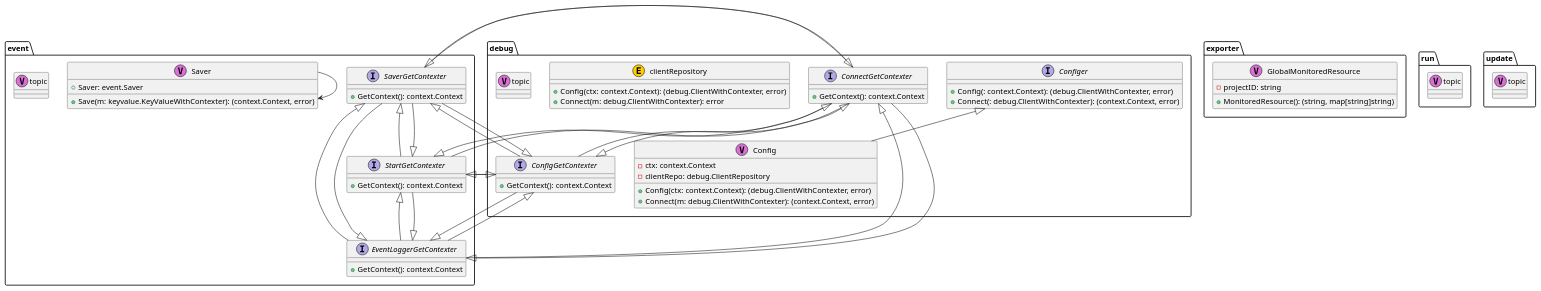
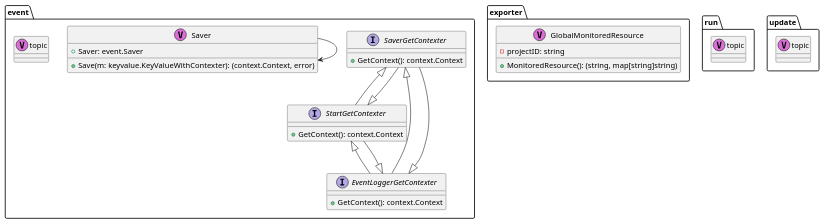
Before and after one commit to michilu/boilerplate: the diagram in application/application.puml, drawn with PlantUML. The commit also changed 3 other files, not shown here.

```diff
--- a/application/application.puml
+++ b/application/application.puml
@@ -1,138 +1,72 @@
 @startuml
-
-package "debug" {
-	class "Config" as debug.Config <<V,Orchid>> {
-		-ctx: context.Context
-		-clientRepo: debug.ClientRepository
-		+Config(ctx: context.Context): (debug.ClientWithContexter, error)
-		+Connect(m: debug.ClientWithContexter): (context.Context, error)
-	}
-}
-
-
-
-package "debug" {
-	interface "ConfigGetContexter" as debug.ConfigGetContexter {
-		+GetContext(): context.Context
-	}
-}
-
-
-
-package "debug" {
-	interface "Configer" as debug.Configer {
-		+Config(: context.Context): (debug.ClientWithContexter, error)
-		+Connect(: debug.ClientWithContexter): (context.Context, error)
-	}
-}
-
-
-
-package "debug" {
-	interface "ConnectGetContexter" as debug.ConnectGetContexter {
-		+GetContext(): context.Context
-	}
-}
-
-
-
-package "debug" {
-	class "clientRepository" as debug.clientRepository <<E,#FFCC00>> {
-		+Config(ctx: context.Context): (debug.ClientWithContexter, error)
-		+Connect(m: debug.ClientWithContexter): error
-	}
-}
-
-
-
-package "debug" {
-	class "topic" as debug.topic <<V,Orchid>>
-}
-
-
 
 package "event" {
 	interface "EventLoggerGetContexter" as event.EventLoggerGetContexter {
 		+GetContext(): context.Context
 	}
 }
 
 
 
 package "event" {
 	class "Saver" as event.Saver <<V,Orchid>> {
 		+Saver: event.Saver
 		+Save(m: keyvalue.KeyValueWithContexter): (context.Context, error)
 	}
 }
 
 	event.Saver --> event.Saver
 
 
 package "event" {
 	interface "SaverGetContexter" as event.SaverGetContexter {
 		+GetContext(): context.Context
 	}
 }
 
 
 
 package "event" {
 	interface "StartGetContexter" as event.StartGetContexter {
 		+GetContext(): context.Context
 	}
 }
 
 
 
 package "event" {
 	class "topic" as event.topic <<V,Orchid>>
 }
 
 
 
 package "exporter" {
 	class "GlobalMonitoredResource" as exporter.GlobalMonitoredResource <<V,Orchid>> {
 		-projectID: string
 		+MonitoredResource(): (string, map[string]string)
 	}
 }
 
 
 
 package "run" {
 	class "topic" as run.topic <<V,Orchid>>
 }
 
 
 
 package "update" {
 	class "topic" as update.topic <<V,Orchid>>
 }
 
 
 
-	debug.Config -up-|> debug.Configer
-	debug.ConfigGetContexter -up-|> debug.ConnectGetContexter
-	debug.ConfigGetContexter -up-|> event.EventLoggerGetContexter
-	debug.ConfigGetContexter -up-|> event.SaverGetContexter
-	debug.ConfigGetContexter -up-|> event.StartGetContexter
-	debug.ConnectGetContexter -up-|> debug.ConfigGetContexter
-	debug.ConnectGetContexter -up-|> event.EventLoggerGetContexter
-	debug.ConnectGetContexter -up-|> event.SaverGetContexter
-	debug.ConnectGetContexter -up-|> event.StartGetContexter
-	event.EventLoggerGetContexter -up-|> debug.ConfigGetContexter
-	event.EventLoggerGetContexter -up-|> debug.ConnectGetContexter
 	event.EventLoggerGetContexter -up-|> event.SaverGetContexter
 	event.EventLoggerGetContexter -up-|> event.StartGetContexter
-	event.SaverGetContexter -up-|> debug.ConfigGetContexter
-	event.SaverGetContexter -up-|> debug.ConnectGetContexter
 	event.SaverGetContexter -up-|> event.EventLoggerGetContexter
 	event.SaverGetContexter -up-|> event.StartGetContexter
-	event.StartGetContexter -up-|> debug.ConfigGetContexter
-	event.StartGetContexter -up-|> debug.ConnectGetContexter
 	event.StartGetContexter -up-|> event.EventLoggerGetContexter
 	event.StartGetContexter -up-|> event.SaverGetContexter
 
 
 @enduml
```
